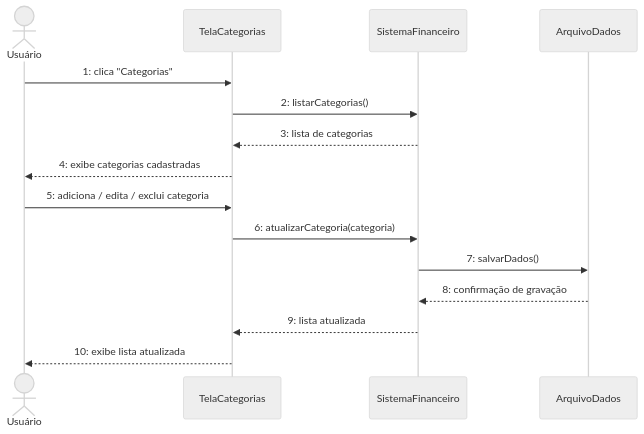
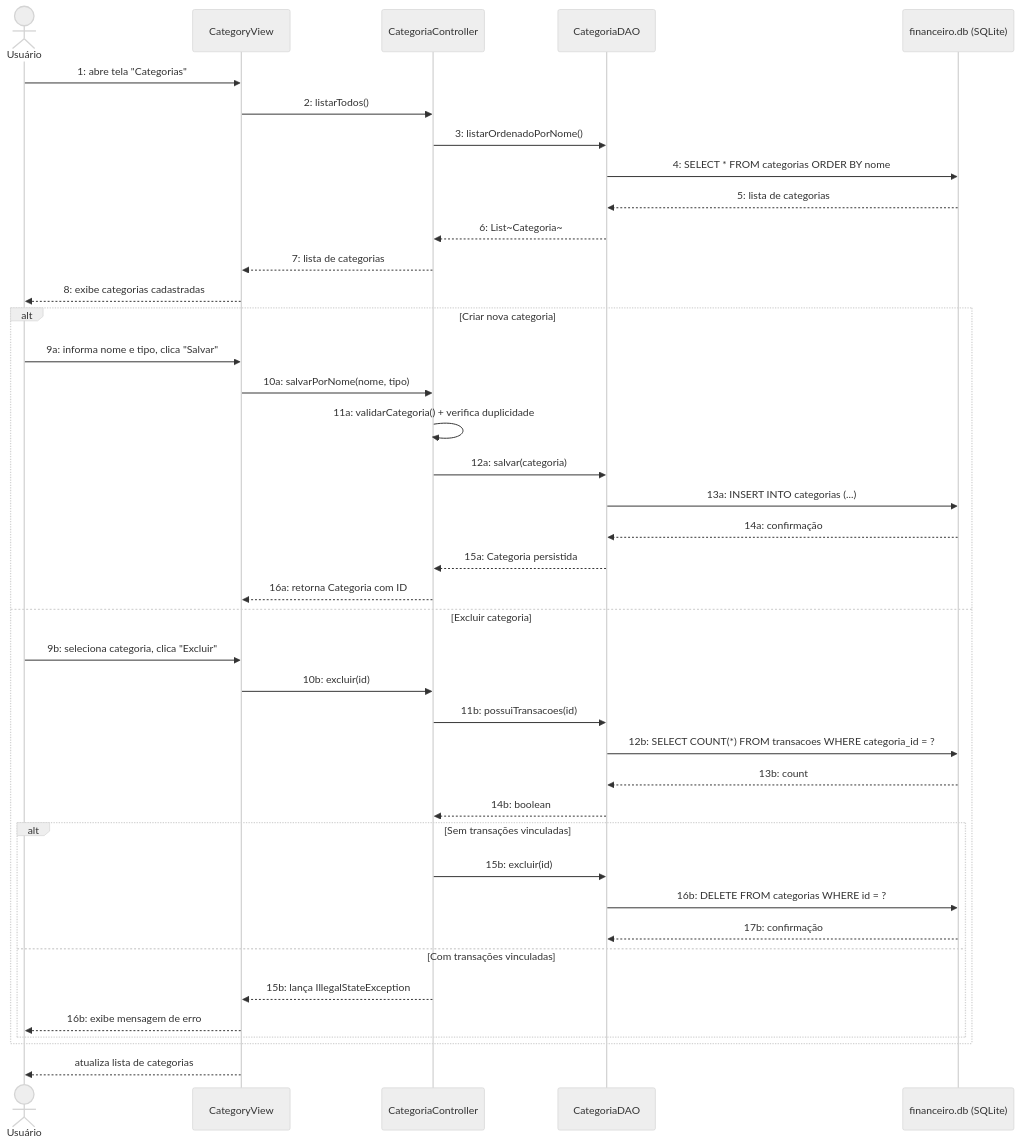
One commit to NEXA-project-br/NEXA changed the third of 7 diagrams in relacionamento/ds.md. Above: the diagram before and after it, drawn with Mermaid (neutral theme). The commit also changed other lines of this file and 4 other files, not shown here.

````diff
--- a/relacionamento/ds.md
+++ b/relacionamento/ds.md
@@ -53,18 +60,45 @@
 ```mermaid
 sequenceDiagram
   actor U as Usuário
-  participant T as TelaCategorias
-  participant S as SistemaFinanceiro
-  participant D as ArquivoDados
+  participant V as CategoryView
+  participant C as CategoriaController
+  participant D as CategoriaDAO
+  participant DB as financeiro.db (SQLite)
 
-  U->>T: 1: clica "Categorias"
-  T->>S: 2: listarCategorias()
-  S-->>T: 3: lista de categorias
-  T-->>U: 4: exibe categorias cadastradas
-  U->>T: 5: adiciona / edita / exclui categoria
-  T->>S: 6: atualizarCategoria(categoria)
-  S->>D: 7: salvarDados()
-  D-->>S: 8: confirmação de gravação
-  S-->>T: 9: lista atualizada
-  T-->>U: 10: exibe lista atualizada
+  U->>V: 1: abre tela "Categorias"
+  V->>C: 2: listarTodos()
+  C->>D: 3: listarOrdenadoPorNome()
+  D->>DB: 4: SELECT * FROM categorias ORDER BY nome
+  DB-->>D: 5: lista de categorias
+  D-->>C: 6: List~Categoria~
+  C-->>V: 7: lista de categorias
+  V-->>U: 8: exibe categorias cadastradas
+
+  alt Criar nova categoria
+    U->>V: 9a: informa nome e tipo, clica "Salvar"
+    V->>C: 10a: salvarPorNome(nome, tipo)
+    C->>C: 11a: validarCategoria() + verifica duplicidade
+    C->>D: 12a: salvar(categoria)
+    D->>DB: 13a: INSERT INTO categorias (...)
+    DB-->>D: 14a: confirmação
+    D-->>C: 15a: Categoria persistida
+    C-->>V: 16a: retorna Categoria com ID
+  else Excluir categoria
+    U->>V: 9b: seleciona categoria, clica "Excluir"
+    V->>C: 10b: excluir(id)
+    C->>D: 11b: possuiTransacoes(id)
+    D->>DB: 12b: SELECT COUNT(*) FROM transacoes WHERE categoria_id = ?
+    DB-->>D: 13b: count
+    D-->>C: 14b: boolean
+    alt Sem transações vinculadas
+      C->>D: 15b: excluir(id)
+      D->>DB: 16b: DELETE FROM categorias WHERE id = ?
+      DB-->>D: 17b: confirmação
+    else Com transações vinculadas
+      C-->>V: 15b: lança IllegalStateException
+      V-->>U: 16b: exibe mensagem de erro
+    end
+  end
+
+  V-->>U: atualiza lista de categorias
 ```
````
